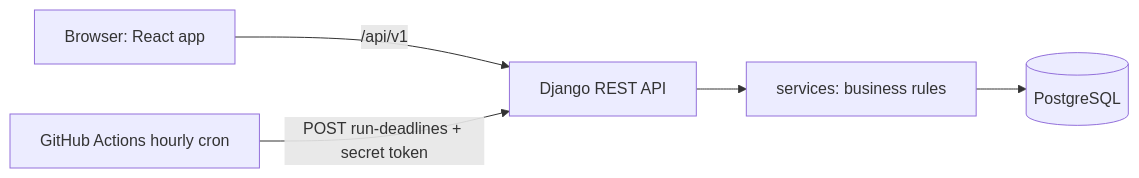
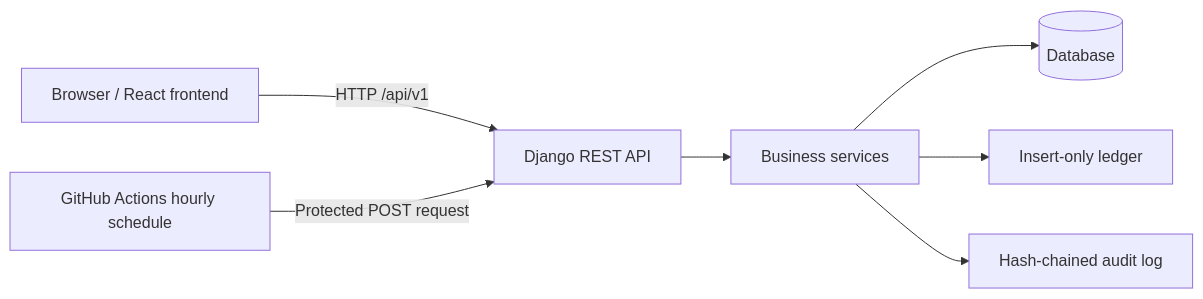
The third of 3 diagrams in README.md (c4realm/abeba), drawn with Mermaid before and after one commit. The commit also changed other lines of this file, not shown here.

````diff
--- a/README.md
+++ b/README.md
@@ -132,7 +251,9 @@
 ```mermaid
 flowchart LR
-  U[Browser: React app] -->|/api/v1| A[Django REST API]
-  A --> S[services: business rules]
-  S --> D[(PostgreSQL)]
-  C[GitHub Actions hourly cron] -->|POST run-deadlines + secret token| A
+    U[Browser / React frontend] -->|HTTP /api/v1| API[Django REST API]
+    API --> S[Business services]
+    S --> DB[(Database)]
+    S --> L[Insert-only ledger]
+    S --> AU[Hash-chained audit log]
+    CRON[GitHub Actions hourly schedule] -->|Protected POST request| API
 ```
````
